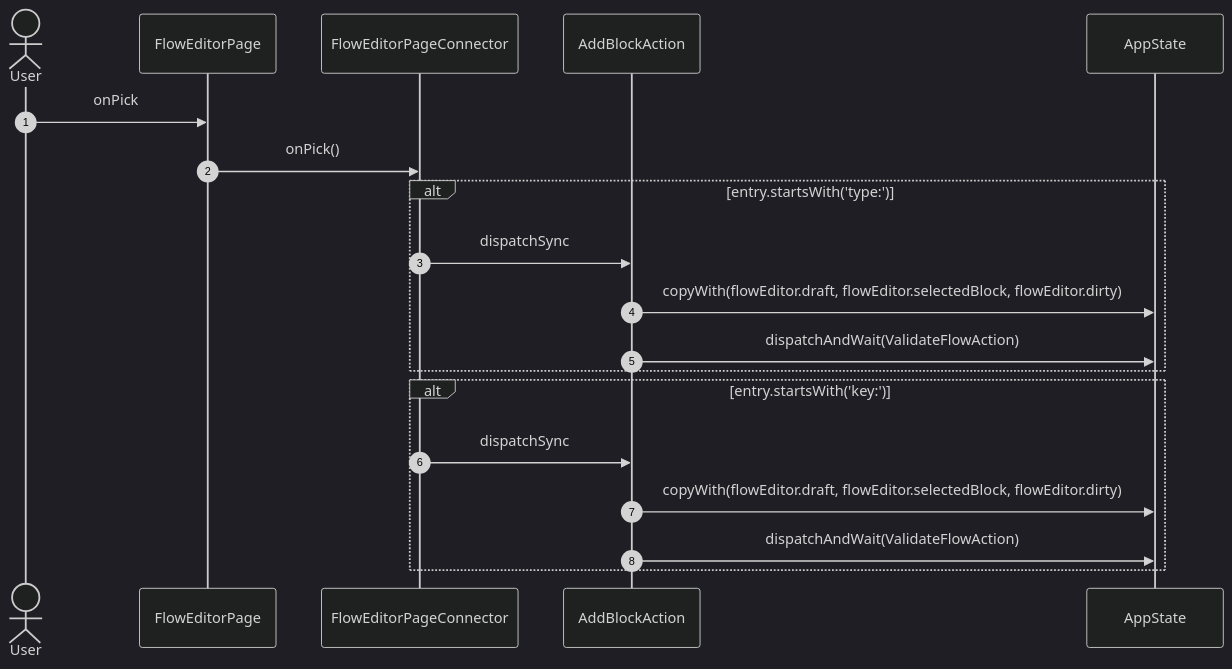
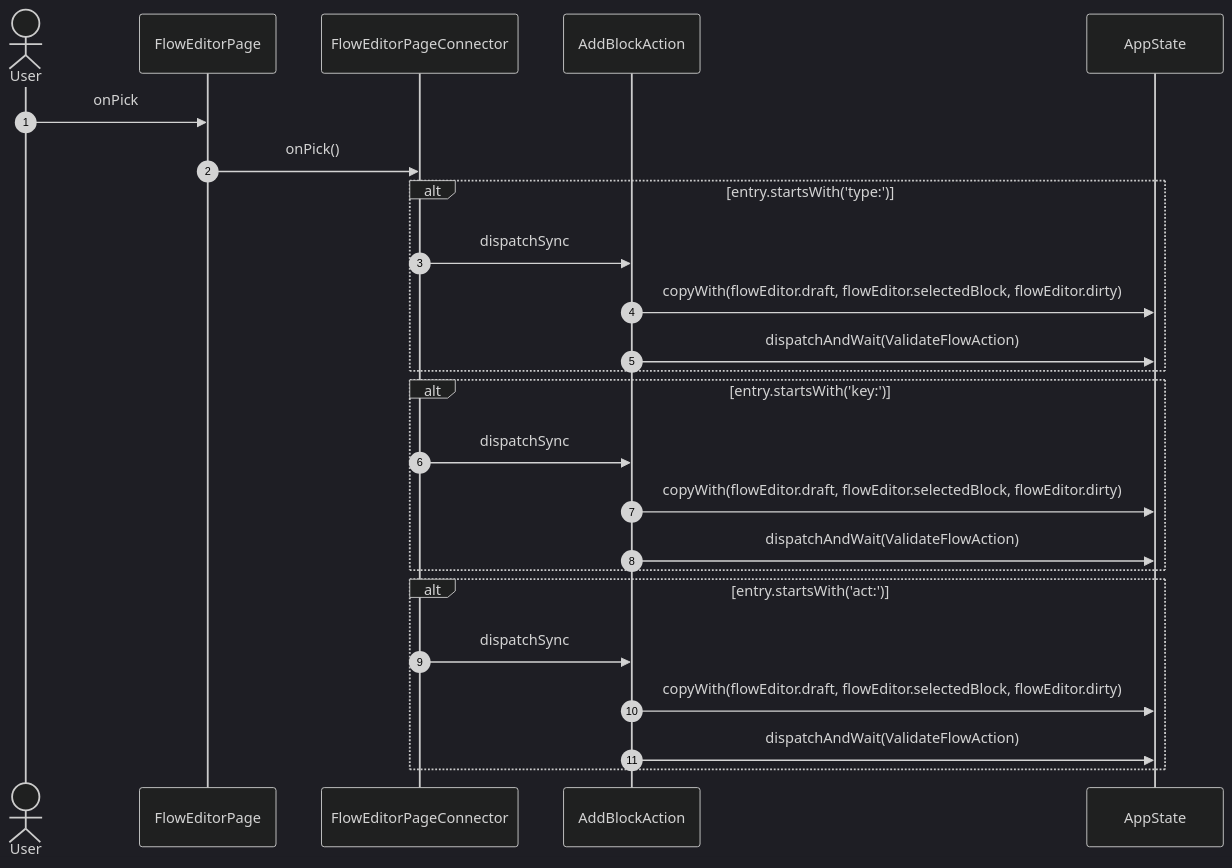
The sixth of 20 diagrams in studio/docs/flows/flowEditor.md (gencto/wyrm), drawn with Mermaid (dark theme) before and after one commit. The commit also changed other lines of this file and 48 other files, not shown here.

````diff
--- a/studio/docs/flows/flowEditor.md
+++ b/studio/docs/flows/flowEditor.md
@@ -116,22 +100,27 @@
 ```mermaid
 sequenceDiagram
     autonumber
     actor User
     participant UI as FlowEditorPage
     participant VM as FlowEditorPageConnector
     participant A1 as AddBlockAction
     participant ST as AppState
 
     User->>UI: onPick
     UI->>VM: onPick()
     alt entry.startsWith('type:')
         VM->>A1: dispatchSync
         A1->>ST: copyWith(flowEditor.draft, flowEditor.selectedBlock, flowEditor.dirty)
         A1->>ST: dispatchAndWait(ValidateFlowAction)
     end
     alt entry.startsWith('key:')
         VM->>A1: dispatchSync
         A1->>ST: copyWith(flowEditor.draft, flowEditor.selectedBlock, flowEditor.dirty)
         A1->>ST: dispatchAndWait(ValidateFlowAction)
     end
+    alt entry.startsWith('act:')
+        VM->>A1: dispatchSync
+        A1->>ST: copyWith(flowEditor.draft, flowEditor.selectedBlock, flowEditor.dirty)
+        A1->>ST: dispatchAndWait(ValidateFlowAction)
+    end
 ```
````
